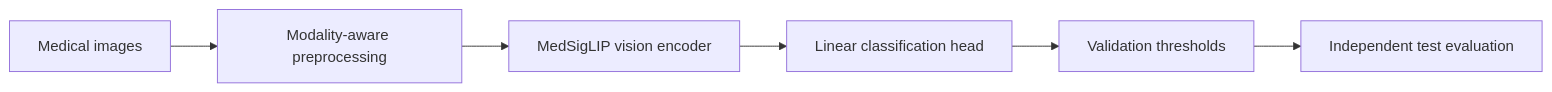
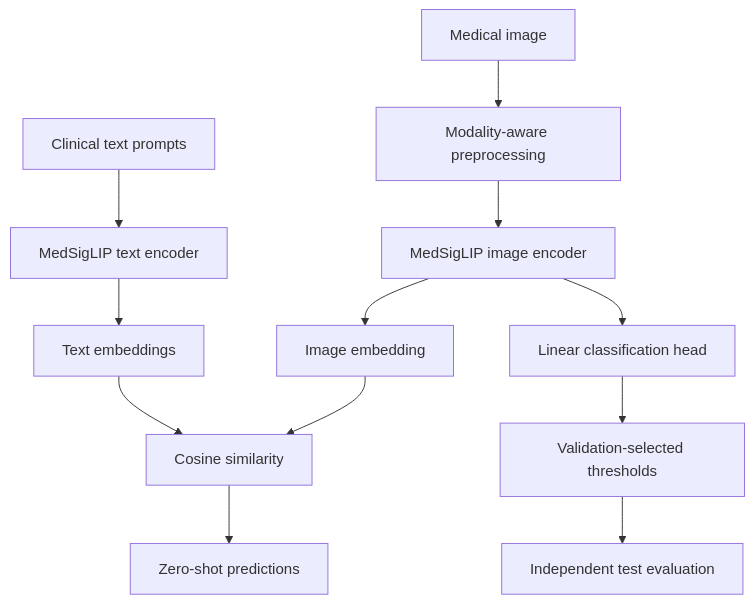
The diagram in README.md (Kanika-Bhalla/medsiglip-medical-image-classification), drawn with Mermaid before and after one commit. The commit also changed other lines of this file, not shown here.

Commit message:
Document MedSigLIP image and text encoder branches
Updated the README to reflect changes in the dual-encoder architecture and clarified the pipeline details.

````diff
--- a/README.md
+++ b/README.md
@@ -24,8 +31,14 @@
 ```mermaid
-flowchart LR
-    A[Medical images] --> B[Modality-aware preprocessing]
-    B --> C[MedSigLIP vision encoder]
-    C --> D[Linear classification head]
-    D --> E[Validation thresholds]
-    E --> F[Independent test evaluation]
+flowchart TD
+    A[Medical image] --> B[Modality-aware preprocessing]
+    B --> C[MedSigLIP image encoder]
+    D[Clinical text prompts] --> E[MedSigLIP text encoder]
+    C --> F[Image embedding]
+    E --> G[Text embeddings]
+    F --> H[Cosine similarity]
+    G --> H
+    H --> I[Zero-shot predictions]
+    C --> J[Linear classification head]
+    J --> K[Validation-selected thresholds]
+    K --> L[Independent test evaluation]
 ```
````
